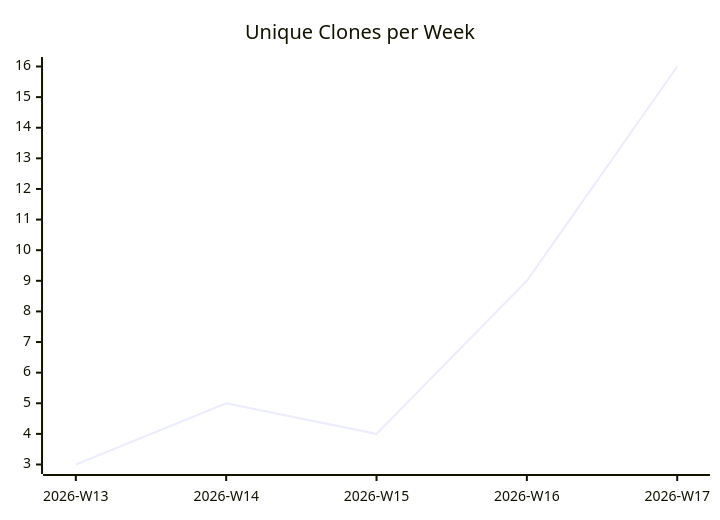
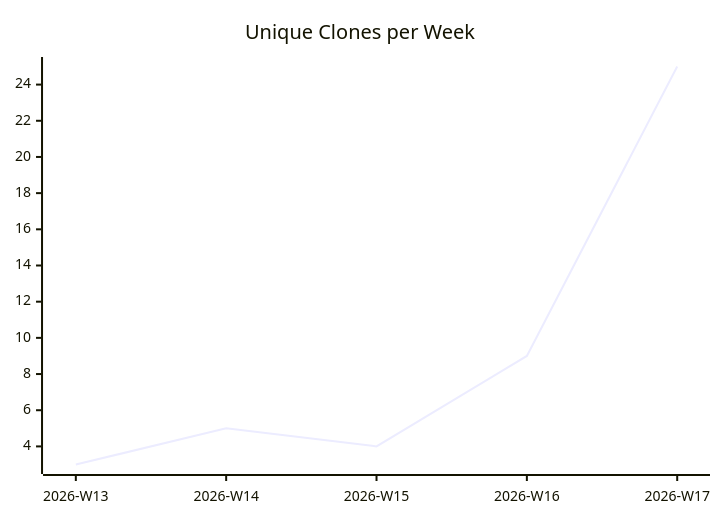
The third of 3 diagrams in karlmdavis/dotfiles/README.md (justdavis-family/github-analytics-data), drawn with Mermaid before and after one commit. The commit also changed other lines of this file and 191 other files, not shown here.

````diff
--- a/karlmdavis/dotfiles/README.md
+++ b/karlmdavis/dotfiles/README.md
@@ -19,6 +19,6 @@
 ```mermaid
 xychart-beta
   title "Unique Clones per Week"
   x-axis ["2026-W13", "2026-W14", "2026-W15", "2026-W16", "2026-W17"]
-  line [3, 5, 4, 9, 16]
+  line [3, 5, 4, 9, 25]
 ```
````
